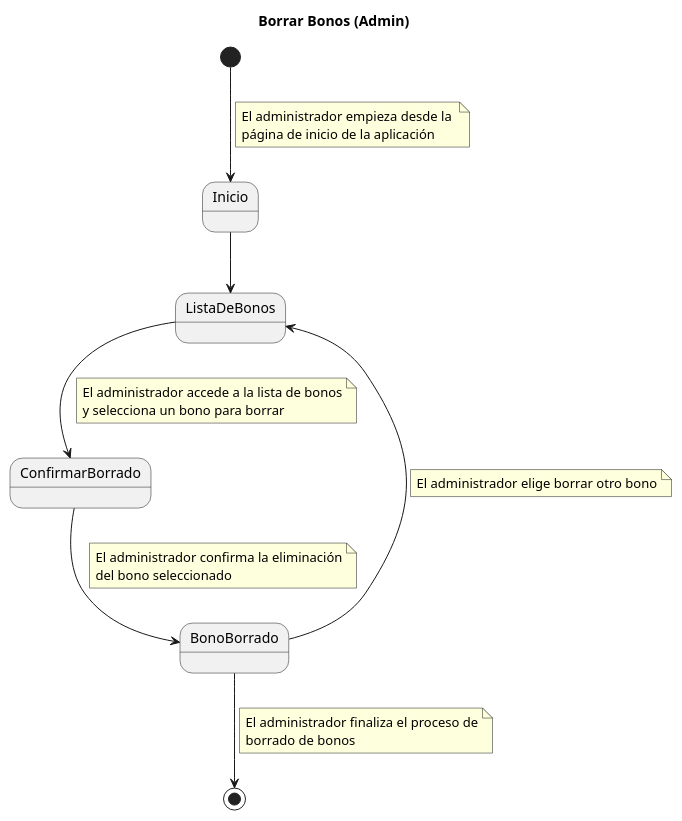
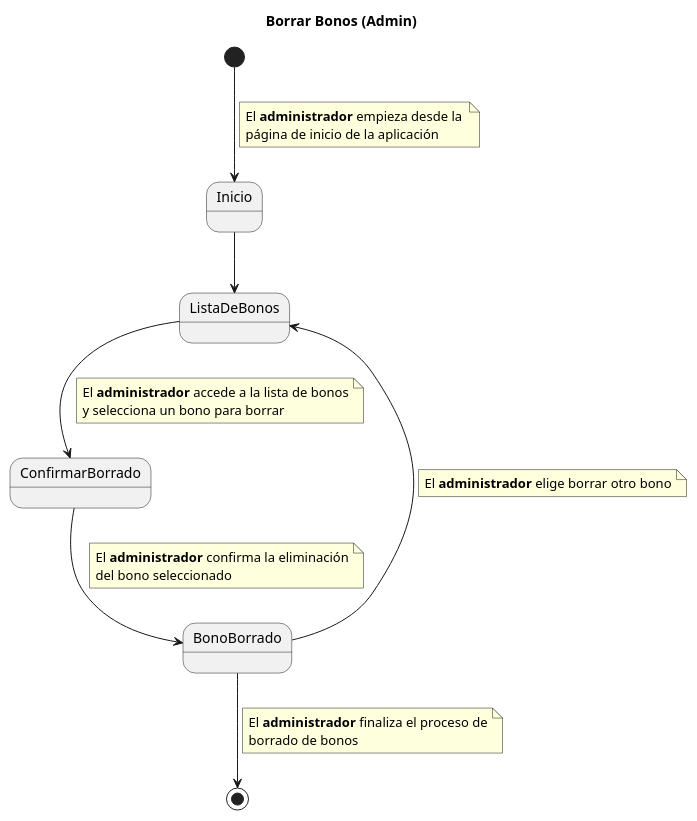
The diagram in CasosDeUso/CduDetallados/CduBonos/BorrarBonos.puml (pablarce/23-24-IdSw1-SDR), drawn with PlantUML before and after one commit. The commit also changed 7 other files, not shown here.

```diff
--- a/CasosDeUso/CduDetallados/CduBonos/BorrarBonos.puml
+++ b/CasosDeUso/CduDetallados/CduBonos/BorrarBonos.puml
@@ -1,35 +1,35 @@
 @startuml
 title Borrar Bonos (Admin)
 
 [*] --> Inicio
 note right on link
-El administrador empieza desde la 
+El **administrador** empieza desde la 
 página de inicio de la aplicación
 end note
 
 Inicio --> ListaDeBonos
 
 ListaDeBonos --> ConfirmarBorrado 
 note right on link
-El administrador accede a la lista de bonos
+El **administrador** accede a la lista de bonos
 y selecciona un bono para borrar
 end note
 
 ConfirmarBorrado --> BonoBorrado
 note right on link
-El administrador confirma la eliminación
+El **administrador** confirma la eliminación
 del bono seleccionado
 end note
 
 BonoBorrado --> ListaDeBonos
 note right on link
-El administrador elige borrar otro bono
+El **administrador** elige borrar otro bono
 end note
 
 BonoBorrado --> [*] 
 note right on link
-El administrador finaliza el proceso de
+El **administrador** finaliza el proceso de
 borrado de bonos
 end note
 
 @enduml
```
